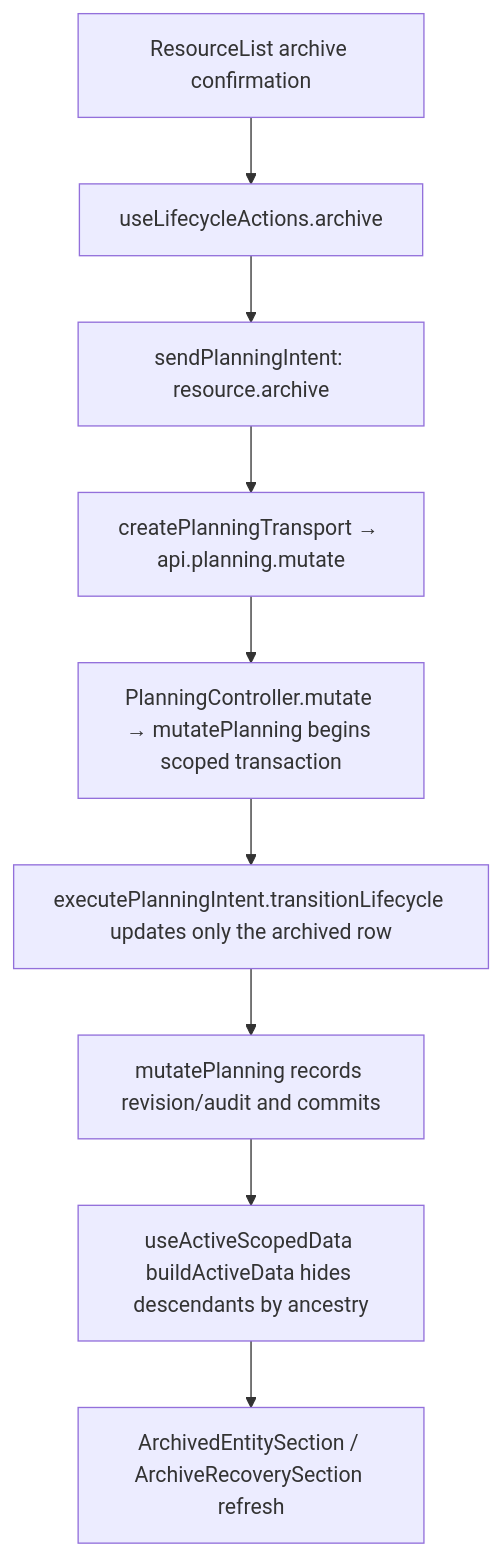
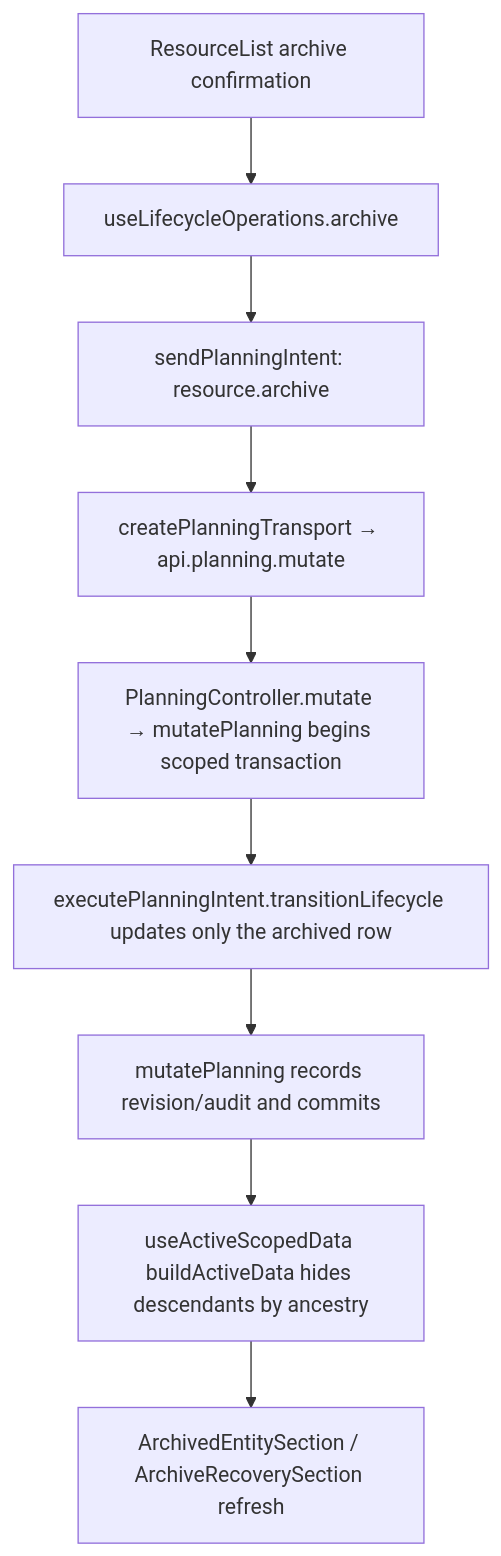
One commit to Kevinjohn/capacitylens changed the second of 2 diagrams in user-stories/resources/US-RES-04-archive-resource.md. Above: the diagram before and after it, drawn with Mermaid. The commit also changed other lines of this file and 50 other files, not shown here.

````diff
--- a/user-stories/resources/US-RES-04-archive-resource.md
+++ b/user-stories/resources/US-RES-04-archive-resource.md
@@ -31,7 +31,7 @@
 ```mermaid
 flowchart TD
-  A["ResourceList archive confirmation"] --> B["useLifecycleActions.archive"] --> C["sendPlanningIntent: resource.archive"]
+  A["ResourceList archive confirmation"] --> B["useLifecycleOperations.archive"] --> C["sendPlanningIntent: resource.archive"]
   C --> D["createPlanningTransport → api.planning.mutate"] --> E["PlanningController.mutate → mutatePlanning begins scoped transaction"]
   E --> F["executePlanningIntent.transitionLifecycle updates only the archived row"] --> K["mutatePlanning records revision/audit and commits"] --> F2["useActiveScopedData buildActiveData hides descendants by ancestry"]
   F2 --> H["ArchivedEntitySection / ArchiveRecoverySection refresh"]
 ```
````
